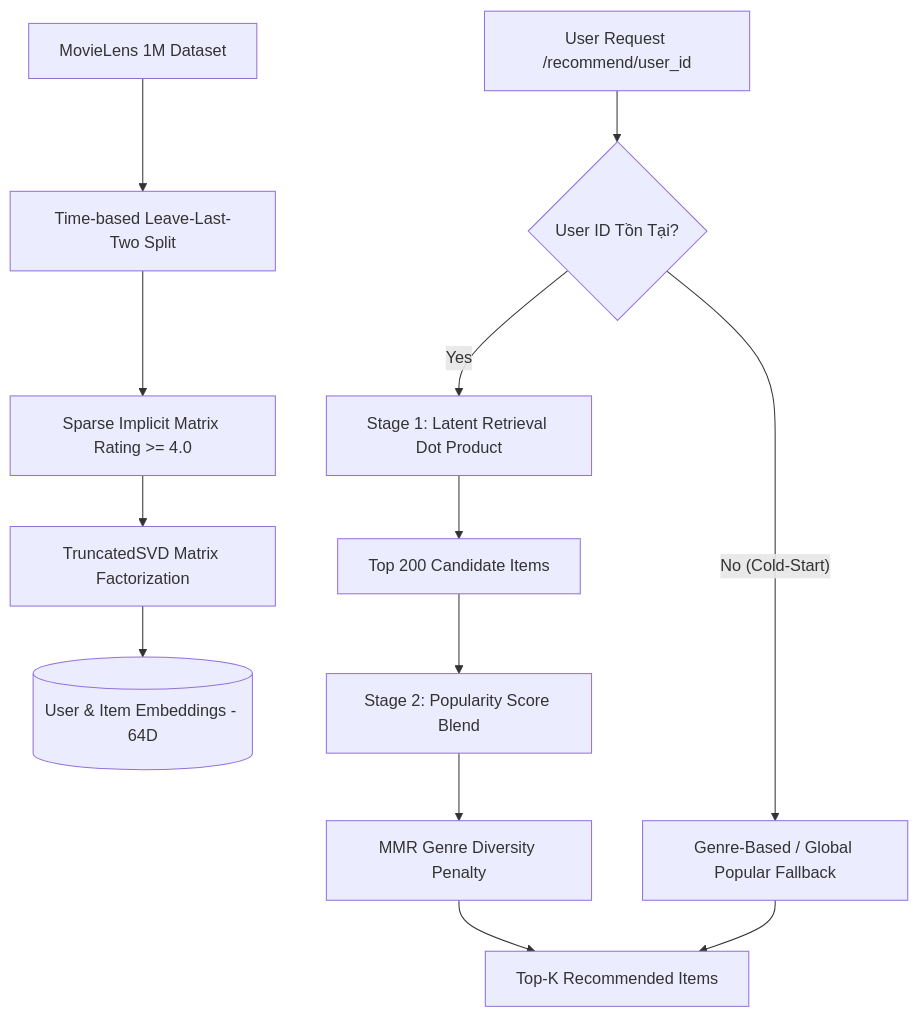
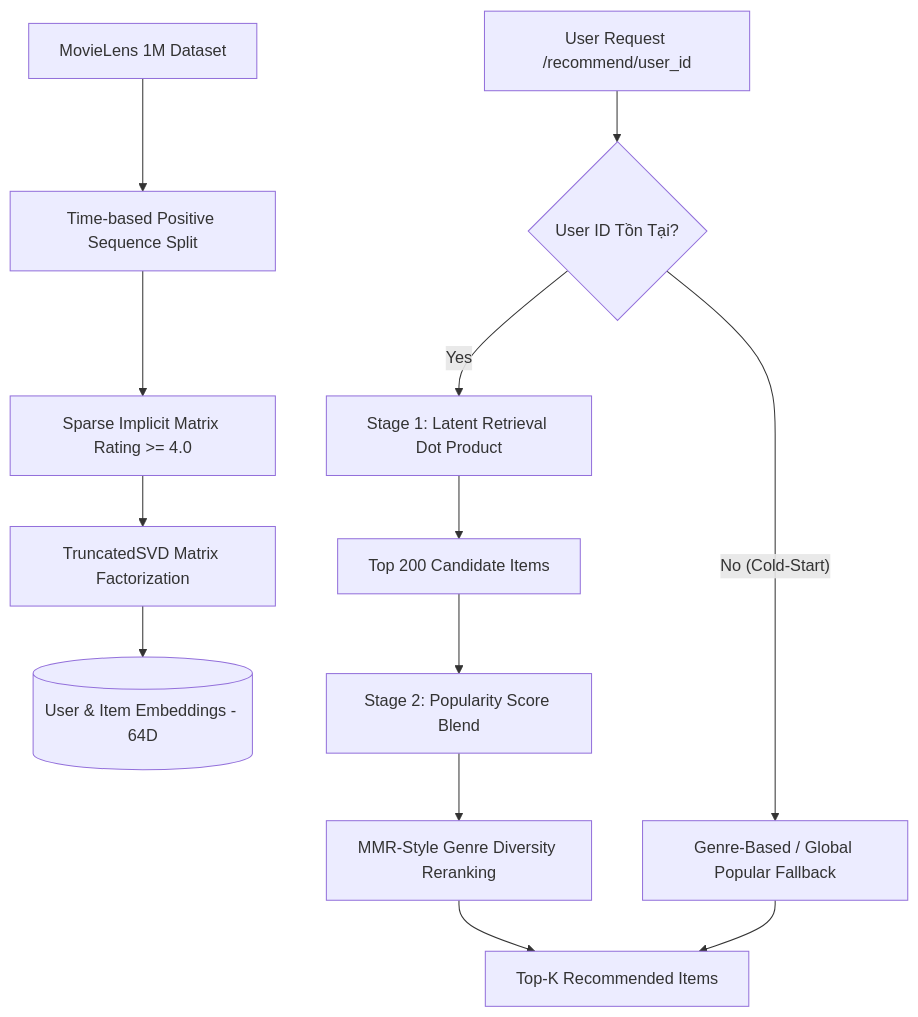
The diagram in README.md (haminhthong/Two-Stage-Movie-Recommender), drawn with Mermaid before and after one commit. The commit also changed other lines of this file and 8 other files, not shown here.

````diff
--- a/README.md
+++ b/README.md
@@ -23,17 +23,17 @@
 ```mermaid
 flowchart TD
-    A[MovieLens 1M Dataset] --> B[Time-based Leave-Last-Two Split]
+    A[MovieLens 1M Dataset] --> B[Time-based Positive Sequence Split]
     B --> C[Sparse Implicit Matrix Rating >= 4.0]
     C --> D[TruncatedSVD Matrix Factorization]
     D --> E[(User & Item Embeddings - 64D)]
 
     F[User Request /recommend/user_id] --> G{User ID Tồn Tại?}
     G -- No (Cold-Start) --> H[Genre-Based / Global Popular Fallback]
     G -- Yes --> I[Stage 1: Latent Retrieval Dot Product]
     
     I --> J[Top 200 Candidate Items]
     J --> K[Stage 2: Popularity Score Blend]
-    K --> L[MMR Genre Diversity Penalty]
+    K --> L[MMR-Style Genre Diversity Reranking]
     L --> M[Top-K Recommended Items]
     H --> M
 ```
````
